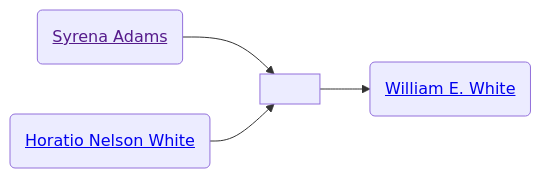
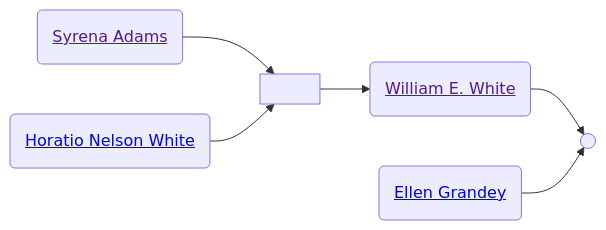
One commit to neelsmith/avocational changed the second of 2 diagrams in familyhistory/sources/people/Merrill-line/White-line/Syrena_Adams.qmd. Above: the diagram before and after it, drawn with Mermaid. The commit also changed other lines of this file and 109 other files, not shown here.

````diff
--- a/familyhistory/sources/people/Merrill-line/White-line/Syrena_Adams.qmd
+++ b/familyhistory/sources/people/Merrill-line/White-line/Syrena_Adams.qmd
@@ -44,11 +44,14 @@
 ```{mermaid}
 graph LR
 class Syrena_Adams_and_Horatio_Nelson_White marriage
 Syrena_Adams(<a href=''>Syrena Adams</>) --> Syrena_Adams_and_Horatio_Nelson_White[ ]
 Horatio_Nelson_White(<a href='./Horatio_Nelson_White.html'>Horatio Nelson White</>) --> Syrena_Adams_and_Horatio_Nelson_White(( ))
 Syrena_Adams_and_Horatio_Nelson_White[ ] --> William_E._White(<a href='./William_E._White.html'>William E. White</>)
+class William_E._White_and_Ellen_Grandey marriage
+William_E._White(<a href=''>William E. White</>) --> William_E._White_and_Ellen_Grandey[ ]
+Ellen_Grandey(<a href='./../Grandey-line/Ellen_Grandey.html'>Ellen Grandey</>) --> William_E._White_and_Ellen_Grandey(( ))
 classDef mother fill:#ffd1dc
 classDef father fill:#daf0f7  
 classDef marriage fill:#ffffff
 
 ```
````
